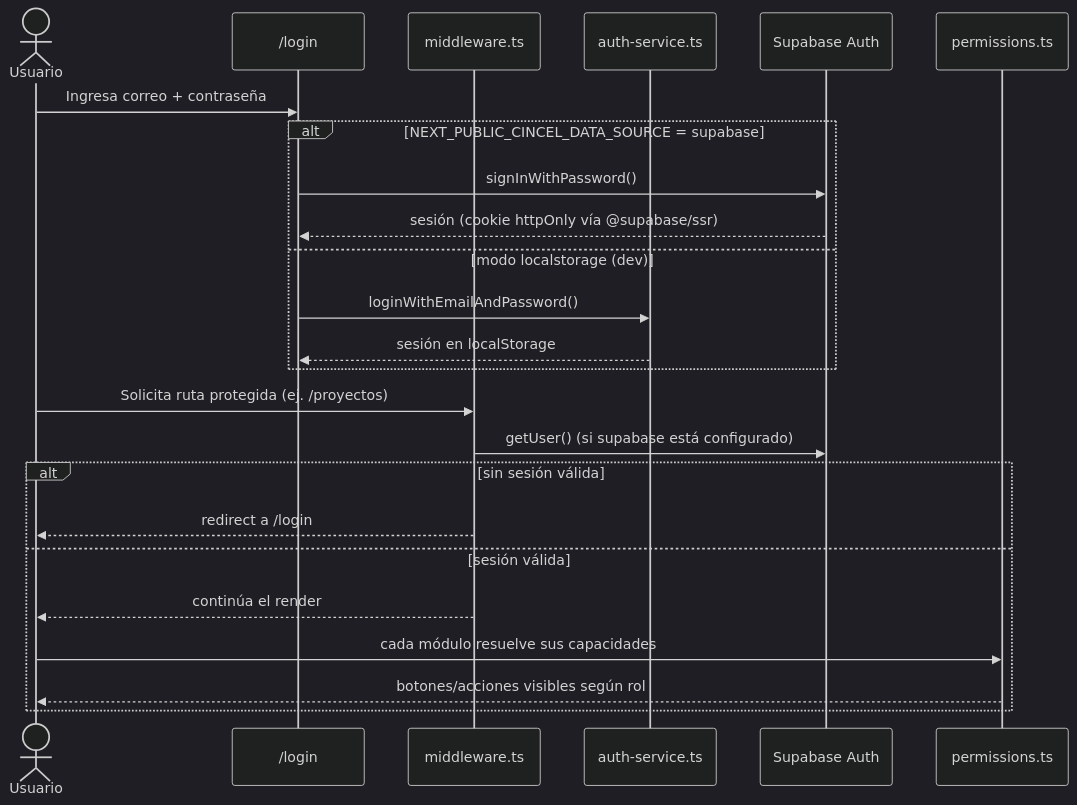
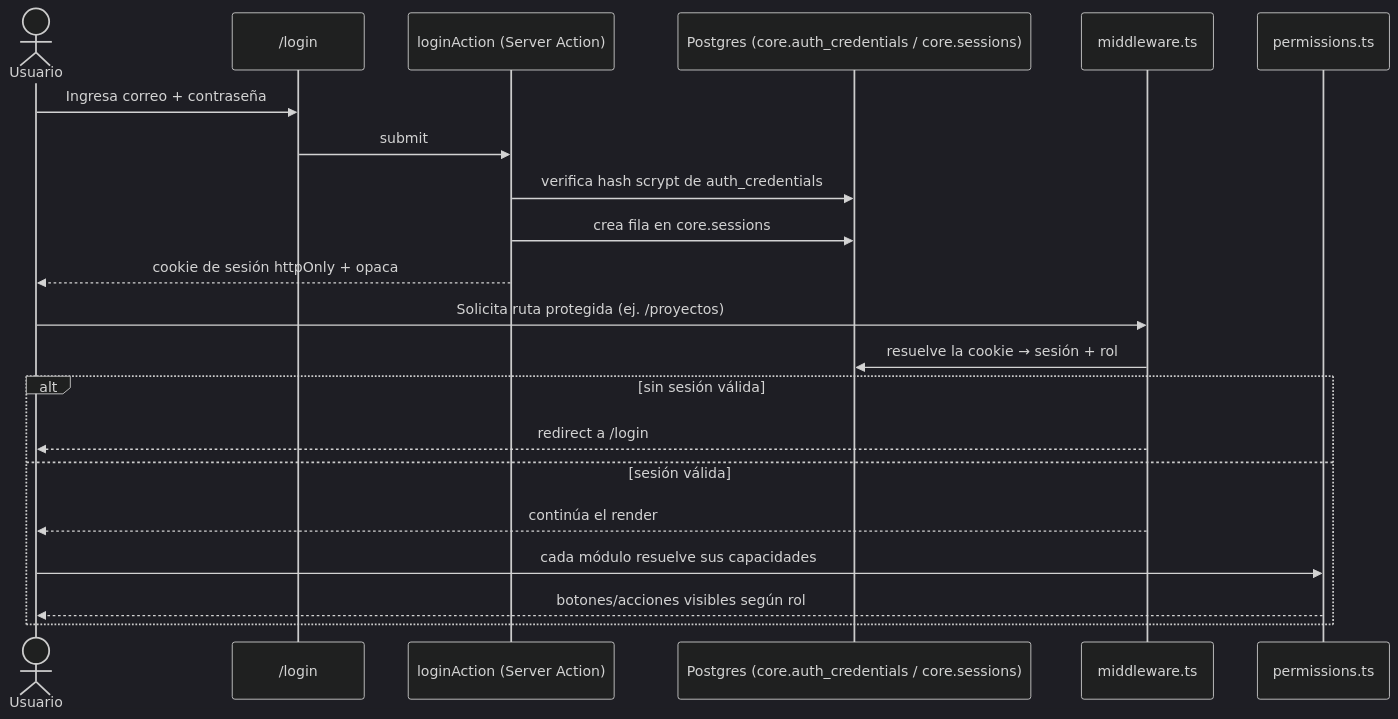
One commit to paulcincel-lab/cincel-workspace changed the second of 4 diagrams in cincel-app/README.md. Above: the diagram before and after it, drawn with Mermaid (dark theme). The commit also changed other lines of this file and 42 other files, not shown here.

````diff
--- a/cincel-app/README.md
+++ b/cincel-app/README.md
@@ -71,27 +69,24 @@
 ```mermaid
 sequenceDiagram
     actor U as Usuario
     participant L as /login
+    participant LA as loginAction (Server Action)
+    participant DB as Postgres (core.auth_credentials / core.sessions)
     participant MW as middleware.ts
-    participant AS as auth-service.ts
-    participant SB as Supabase Auth
     participant P as permissions.ts
 
     U->>L: Ingresa correo + contraseña
-    alt NEXT_PUBLIC_CINCEL_DATA_SOURCE = supabase
-        L->>SB: signInWithPassword()
-        SB-->>L: sesión (cookie httpOnly vía @supabase/ssr)
-    else modo localstorage (dev)
-        L->>AS: loginWithEmailAndPassword()
-        AS-->>L: sesión en localStorage
-    end
+    L->>LA: submit
+    LA->>DB: verifica hash scrypt de auth_credentials
+    LA->>DB: crea fila en core.sessions
+    LA-->>U: cookie de sesión httpOnly + opaca
     U->>MW: Solicita ruta protegida (ej. /proyectos)
-    MW->>SB: getUser() (si supabase está configurado)
+    MW->>DB: resuelve la cookie → sesión + rol
     alt sin sesión válida
         MW-->>U: redirect a /login
     else sesión válida
         MW-->>U: continúa el render
         U->>P: cada módulo resuelve sus capacidades
         P-->>U: botones/acciones visibles según rol
     end
 ```
````
